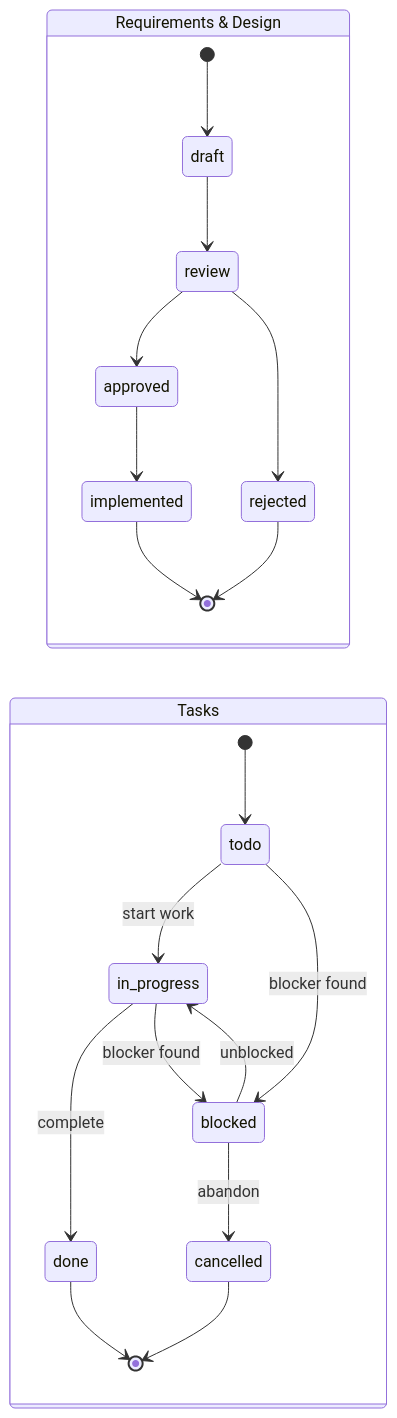
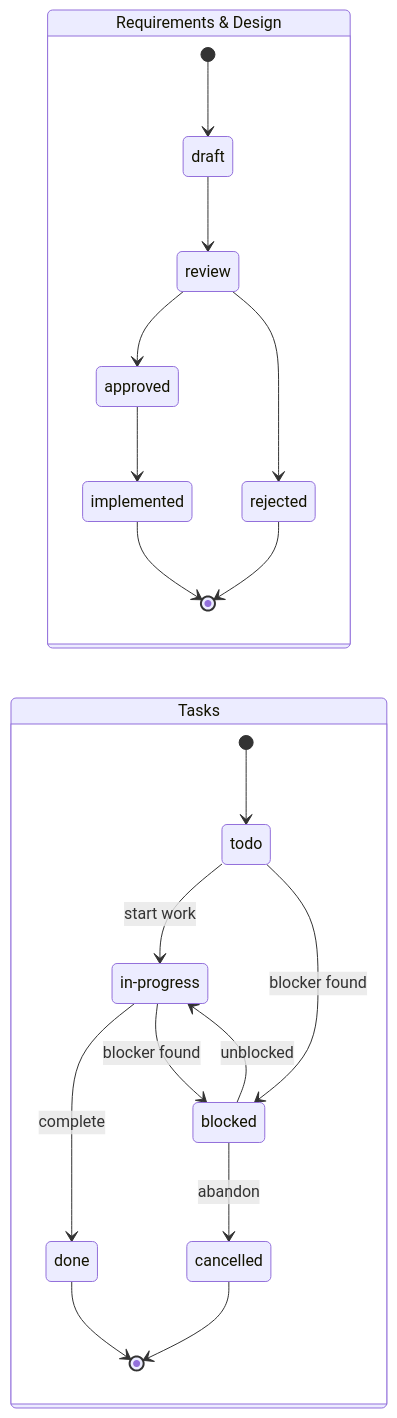
The first of 2 diagrams in src/copilot-cli/skills/spec-generator/references/spec-schemas.md (rjmurillo/ai-agents), drawn with Mermaid before and after one commit. The commit also changed 11 other files, not shown here.

````diff
--- a/src/copilot-cli/skills/spec-generator/references/spec-schemas.md
+++ b/src/copilot-cli/skills/spec-generator/references/spec-schemas.md
@@ -45,26 +45,27 @@
 ```mermaid
 stateDiagram-v2
     direction LR
 
     state "Requirements & Design" as RD {
         [*] --> draft
         draft --> review
         review --> approved
         review --> rejected
         approved --> implemented
         implemented --> [*]
         rejected --> [*]
     }
 
     state "Tasks" as T {
+        state "in-progress" as in_progress
         [*] --> todo
         todo --> in_progress: start work
         todo --> blocked: blocker found
         in_progress --> done: complete
         in_progress --> blocked: blocker found
         blocked --> in_progress: unblocked
         blocked --> cancelled: abandon
         done --> [*]
         cancelled --> [*]
     }
 ```
````
